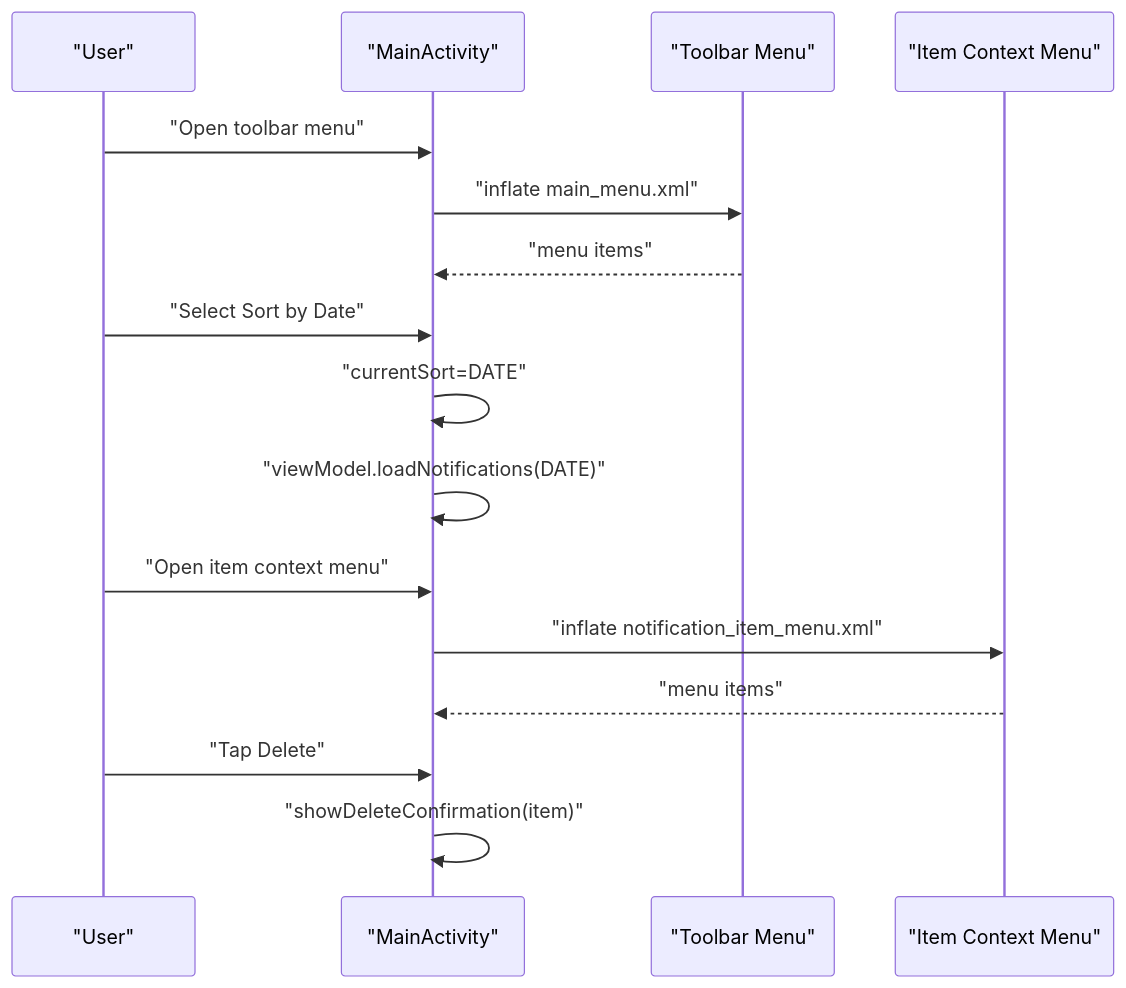
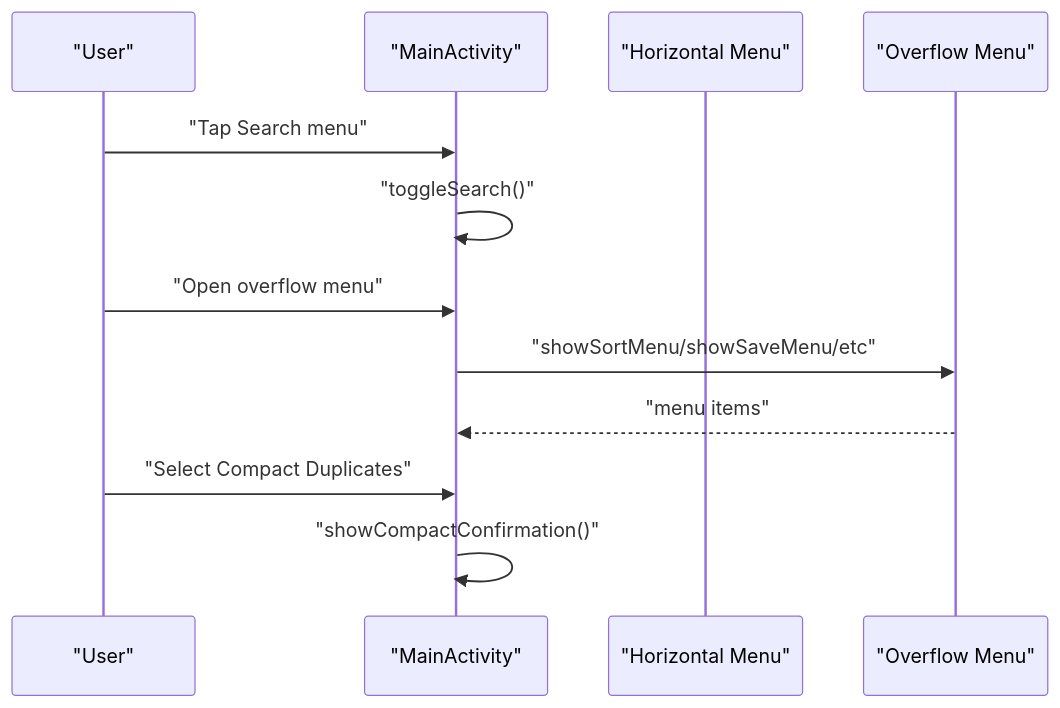
One commit to caldefoc/NotificationLog changed the fifth of 8 diagrams in .qoder/repowiki/en/content/Architecture Overview/UI Components.md. Above: the diagram before and after it, drawn with Mermaid. The commit also changed other lines of this file and 13 other files, not shown here.

````diff
--- a/.qoder/repowiki/en/content/Architecture Overview/UI Components.md
+++ b/.qoder/repowiki/en/content/Architecture Overview/UI Components.md
@@ -187,18 +181,14 @@
 ```mermaid
 sequenceDiagram
 participant U as "User"
 participant A as "MainActivity"
-participant TM as "Toolbar Menu"
-participant IM as "Item Context Menu"
-U->>A : "Open toolbar menu"
-A->>TM : "inflate main_menu.xml"
-TM-->>A : "menu items"
-U->>A : "Select Sort by Date"
-A->>A : "currentSort=DATE"
-A->>A : "viewModel.loadNotifications(DATE)"
-U->>A : "Open item context menu"
-A->>IM : "inflate notification_item_menu.xml"
-IM-->>A : "menu items"
-U->>A : "Tap Delete"
-A->>A : "showDeleteConfirmation(item)"
+participant HM as "Horizontal Menu"
+participant OM as "Overflow Menu"
+U->>A : "Tap Search menu"
+A->>A : "toggleSearch()"
+U->>A : "Open overflow menu"
+A->>OM : "showSortMenu/showSaveMenu/etc"
+OM-->>A : "menu items"
+U->>A : "Select Compact Duplicates"
+A->>A : "showCompactConfirmation()"
 ```
````
